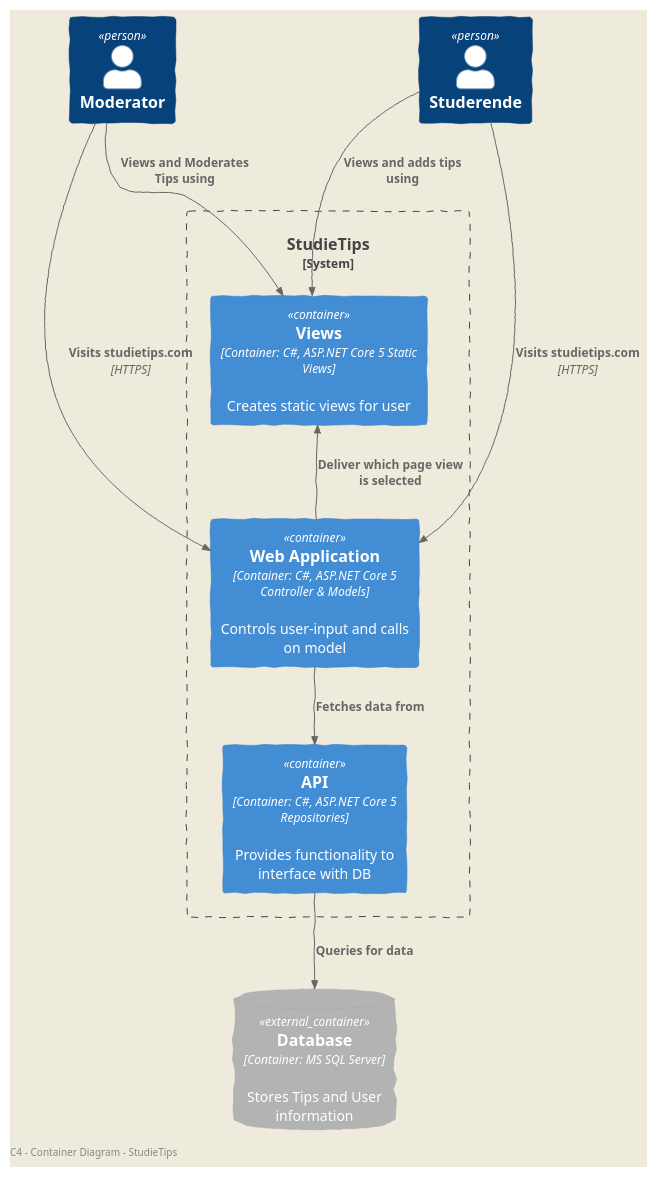
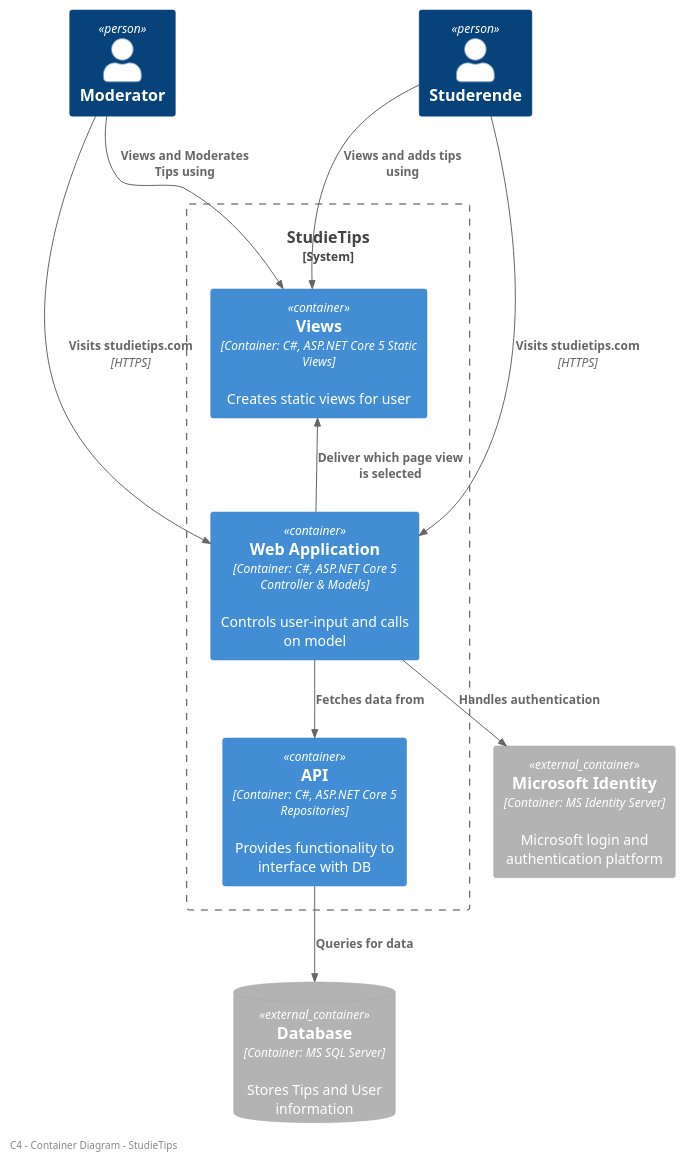
Before and after one commit to I4PRJ4/I4PRJ4-plantuml: the diagram in C4/C4-Level2/container.puml, drawn with PlantUML. The commit also changed 4 other files, not shown here.

Commit message:
Removed login now that we use MS Identity

```diff
--- a/C4/C4-Level2/container.puml
+++ b/C4/C4-Level2/container.puml
@@ -1,36 +1,37 @@
 @startuml Container Diagram
 !include <C4/C4_Container>
-LAYOUT_AS_SKETCH()
 
 left footer C4 - Container Diagram - StudieTips
 
 Person(Moderator, "Moderator")
 Person(User, "Studerende")
 
 System_Boundary(c1, "StudieTips") {
     Container(Views, "Views", "Container: C#, ASP.NET Core 5 Static Views", "Creates static views for user")
     Container(WebApplication, "Web Application", "Container: C#, ASP.NET Core 5 Controller & Models", "Controls user-input and calls on model")
     Container(API, "API", "Container: C#, ASP.NET Core 5 Repositories", "Provides functionality to interface with DB")
 }
 ContainerDb_Ext(Database, "Database","Container: MS SQL Server","Stores Tips and User information")
+Container_Ext(MSI, "Microsoft Identity","Container: MS Identity Server","Microsoft login and authentication platform")
 
 Lay_D(User,c1)
 Lay_D(Moderator,c1)
 Lay_R(Views,WebApplication)
 
 Rel(User,Views, "Views and adds tips using")
 Rel(Moderator, Views, "Views and Moderates Tips using")
 
 
 Rel(User,WebApplication, "Visits studietips.com", "HTTPS")
 Rel(Moderator, WebApplication, "Visits studietips.com", "HTTPS")
 
 Rel(WebApplication,Views, "Deliver which page view is selected")
 
 Rel(WebApplication,API, "Fetches data from")
 
 Rel(API,Database, "Queries for data")
+Rel(WebApplication,MSI, "Handles authentication")
 
 
 
 @enduml
```
